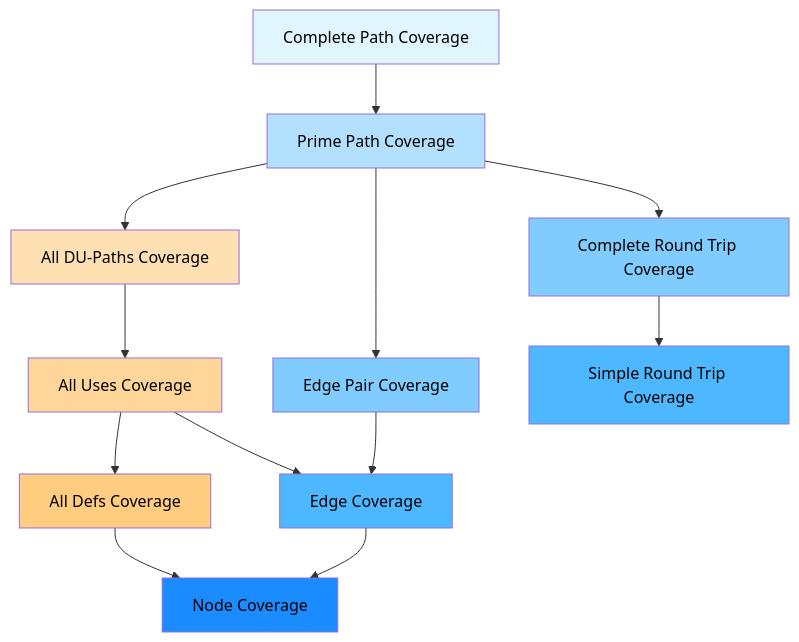
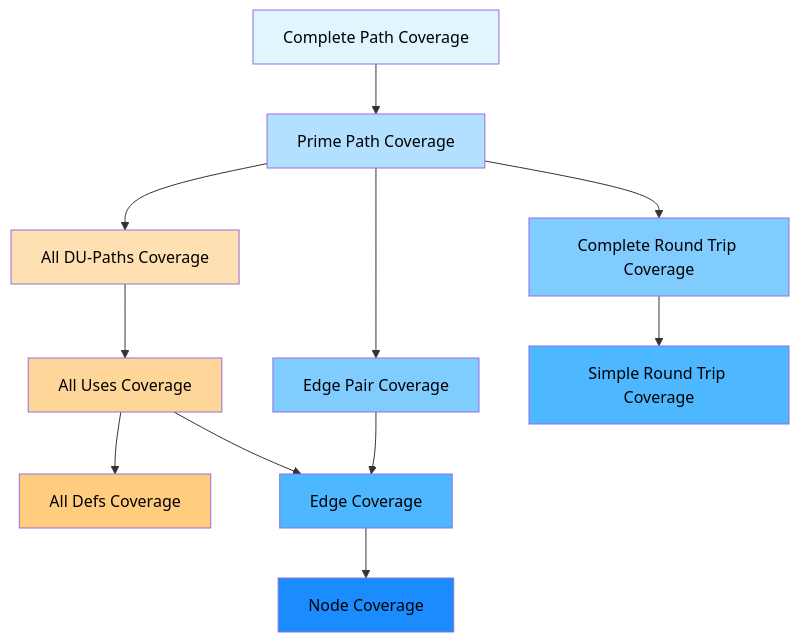
One commit to alex-away/nptel changed the first of 3 diagrams in software_testing/week3/structural_and_data_flow_coverage.md. Above: the diagram before and after it, drawn with Mermaid.

Commit message:
fix: week3 diagram

````diff
--- a/software_testing/week3/structural_and_data_flow_coverage.md
+++ b/software_testing/week3/structural_and_data_flow_coverage.md
@@ -63,25 +63,24 @@
 ```mermaid
 graph TD
     CPC[Complete Path Coverage] --> PPC[Prime Path Coverage]
     PPC --> ADPC[All DU-Paths Coverage]
     PPC --> EPC[Edge Pair Coverage]
     PPC --> CRTC[Complete Round Trip Coverage]
     ADPC --> AUC[All Uses Coverage]
     AUC --> ADC[All Defs Coverage]
     AUC --> EC[Edge Coverage]
     EPC --> EC
     CRTC --> SRTC[Simple Round Trip Coverage]
-    ADC --> NC[Node Coverage]
-    EC --> NC
+    EC --> NC[Node Coverage]
     
     style CPC fill:#e1f5ff,color:#000
     style PPC fill:#b3e0ff,color:#000
     style ADPC fill:#ffe0b3,color:#000
     style AUC fill:#ffd699,color:#000
     style ADC fill:#ffcc80,color:#000
     style EPC fill:#80ccff,color:#000
     style CRTC fill:#80ccff,color:#000
     style EC fill:#4db8ff,color:#000
     style SRTC fill:#4db8ff,color:#000
     style NC fill:#1a8cff,color:#000
 ```
````
